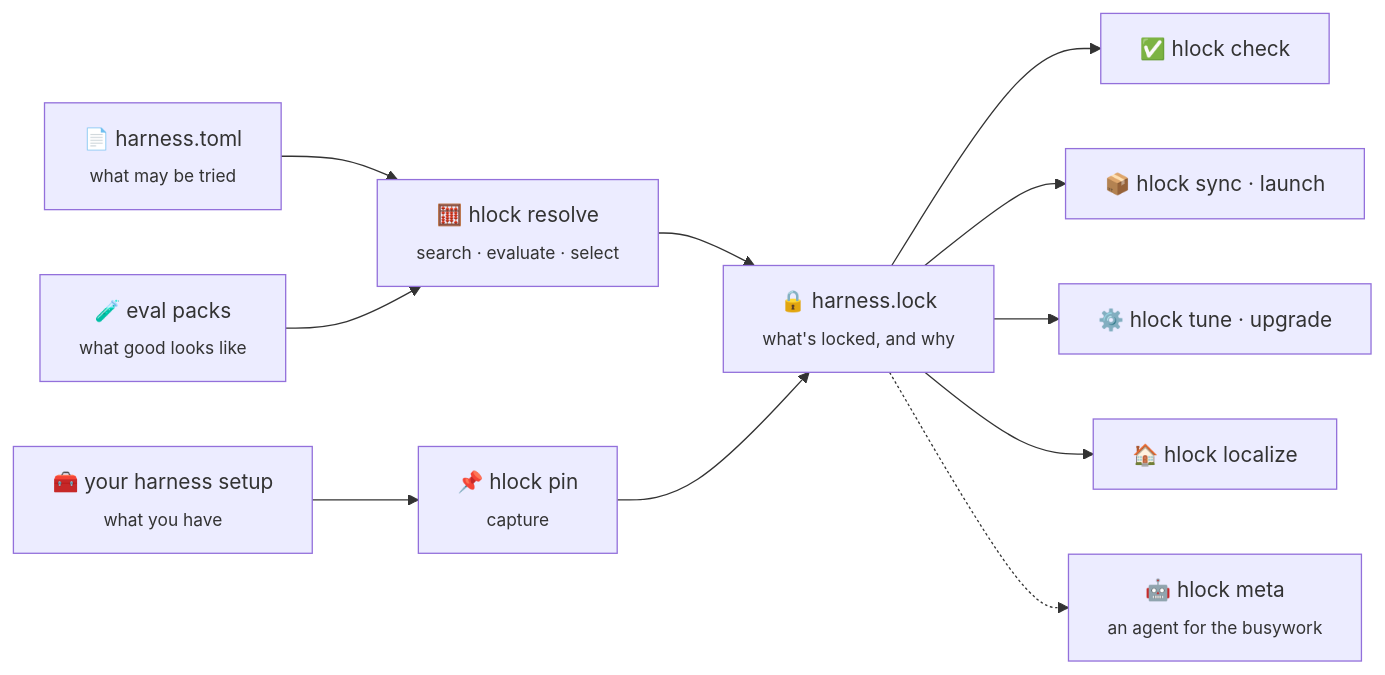
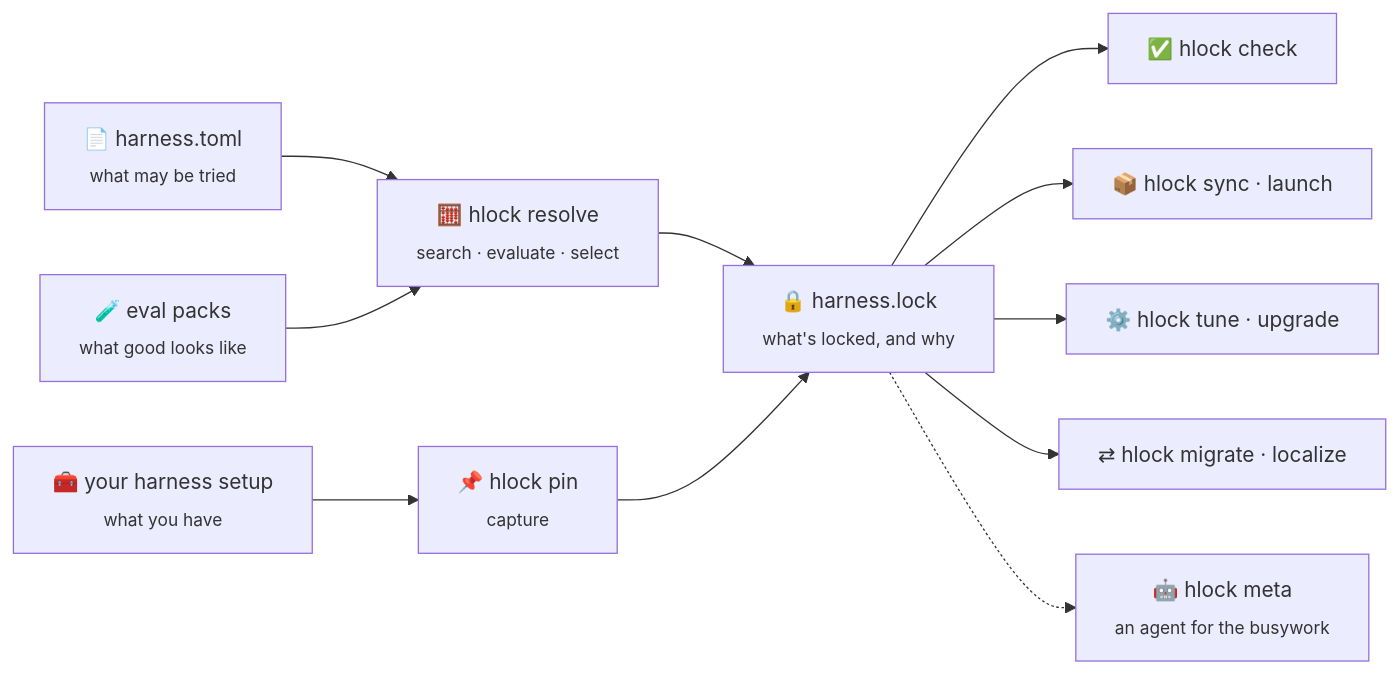
Before and after one commit to unionai-oss/hlock: the diagram in docs/concepts/index.md, drawn with Mermaid. The commit also changed other lines of this file and 30 other files, not shown here.

First line of the commit message:
Add hlock migrate: move a lock onto another harness

````diff
--- a/docs/concepts/index.md
+++ b/docs/concepts/index.md
@@ -17,13 +17,13 @@
 ```mermaid
 flowchart LR
     H["🧰 your harness setup<br/><sub>what you have</sub>"] --> P["📌 hlock pin<br/><sub>capture</sub>"]
     M["📄 harness.toml<br/><sub>what may be tried</sub>"] --> R
     T["🧪 eval packs<br/><sub>what good looks like</sub>"] --> R
     R["🧮 hlock resolve<br/><sub>search · evaluate · select</sub>"] --> L
     P --> L["🔒 harness.lock<br/><sub>what's locked, and why</sub>"]
     L --> C["✅ hlock check"]
     L --> S["📦 hlock sync · launch"]
     L --> O["⚙️ hlock tune · upgrade"]
-    L --> Z["🏠 hlock localize"]
+    L --> Z["⇄ hlock migrate · localize"]
     L -.-> A["🤖 hlock meta<br/><sub>an agent for the busywork</sub>"]
 ```
````
